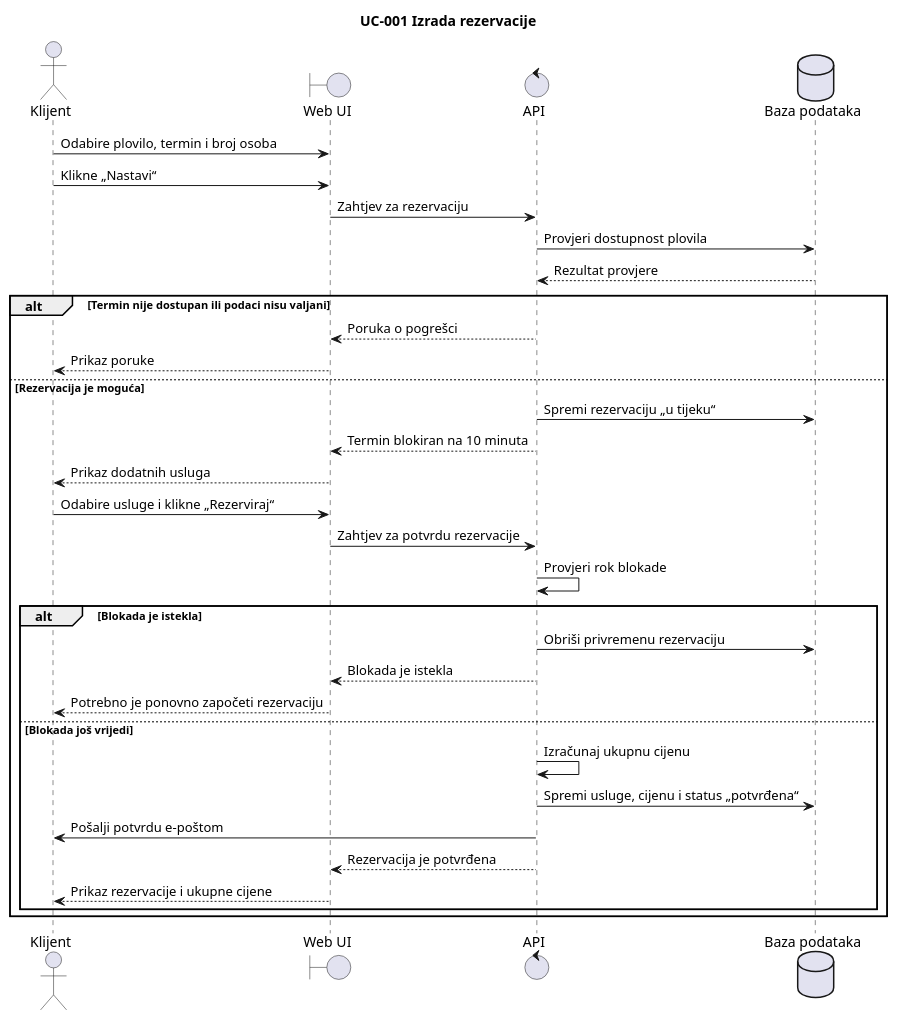
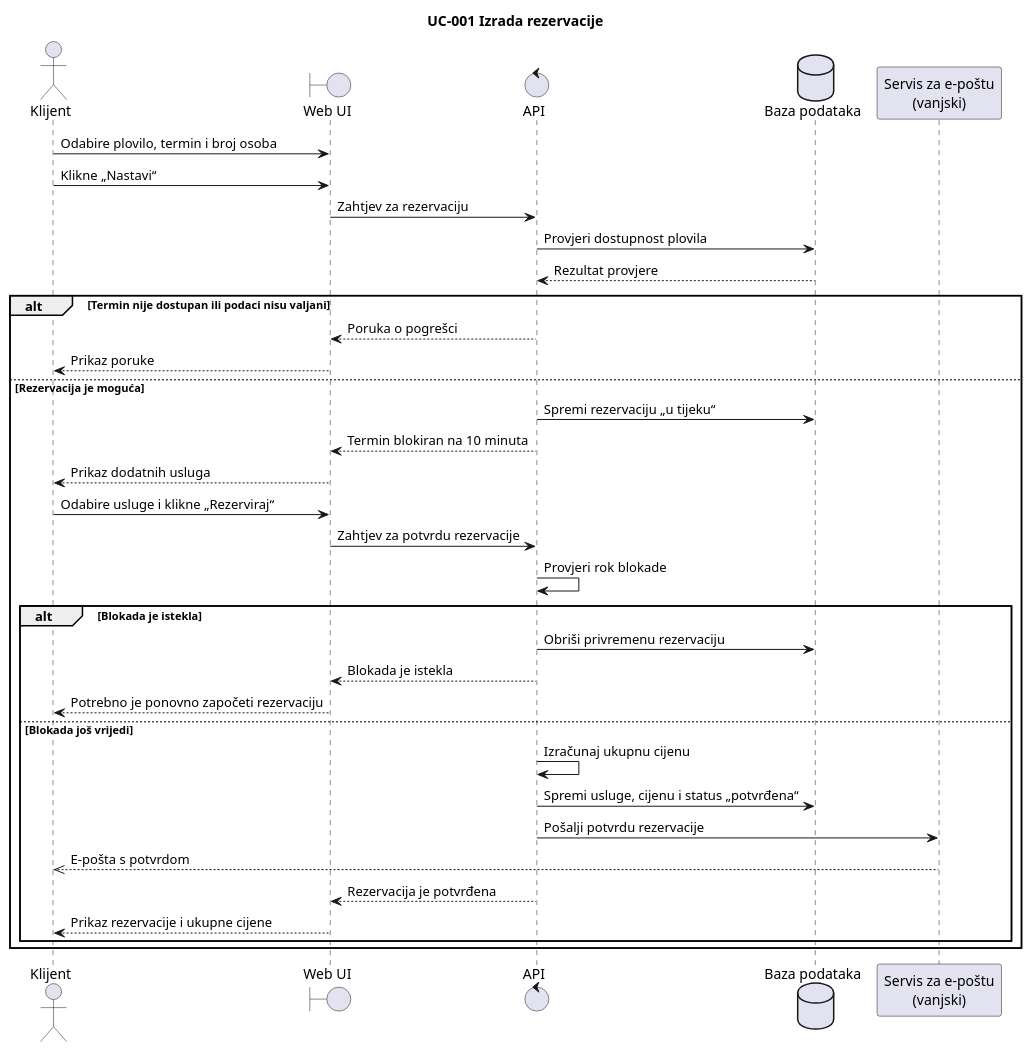
The diagram in docs/puml/4-4-1-izrada-rezervacije.puml (auzelac1/PROGI_PROJEKT), drawn with PlantUML before and after one commit. The commit also changed 13 other files, not shown here.

```diff
--- a/docs/puml/4-4-1-izrada-rezervacije.puml
+++ b/docs/puml/4-4-1-izrada-rezervacije.puml
@@ -1,43 +1,45 @@
 @startuml
 title UC-001 Izrada rezervacije
 
 actor Klijent
 boundary "Web UI" as UI
 control API as API
 database "Baza podataka" as DB
+participant "Servis za e-poštu\n(vanjski)" as Mail
 
 
 Klijent -> UI: Odabire plovilo, termin i broj osoba
 Klijent -> UI: Klikne „Nastavi“
 UI -> API: Zahtjev za rezervaciju
 API -> DB: Provjeri dostupnost plovila
 DB --> API: Rezultat provjere
 
 
 alt Termin nije dostupan ili podaci nisu valjani
     API --> UI: Poruka o pogrešci
     UI --> Klijent: Prikaz poruke
 else Rezervacija je moguća
     API -> DB: Spremi rezervaciju „u tijeku“
     API --> UI: Termin blokiran na 10 minuta
     UI --> Klijent: Prikaz dodatnih usluga
 
     Klijent -> UI: Odabire usluge i klikne „Rezerviraj“
     UI -> API: Zahtjev za potvrdu rezervacije
     API -> API: Provjeri rok blokade
 
     alt Blokada je istekla
         API -> DB: Obriši privremenu rezervaciju
         API --> UI: Blokada je istekla
         UI --> Klijent: Potrebno je ponovno započeti rezervaciju
     else Blokada još vrijedi
         API -> API: Izračunaj ukupnu cijenu
         API -> DB: Spremi usluge, cijenu i status „potvrđena“
-        API -> Klijent: Pošalji potvrdu e-poštom
+        API -> Mail: Pošalji potvrdu rezervacije
+        Mail -->> Klijent: E-pošta s potvrdom
         API --> UI: Rezervacija je potvrđena
         UI --> Klijent: Prikaz rezervacije i ukupne cijene
     end
 end
 
 
 @enduml
```
